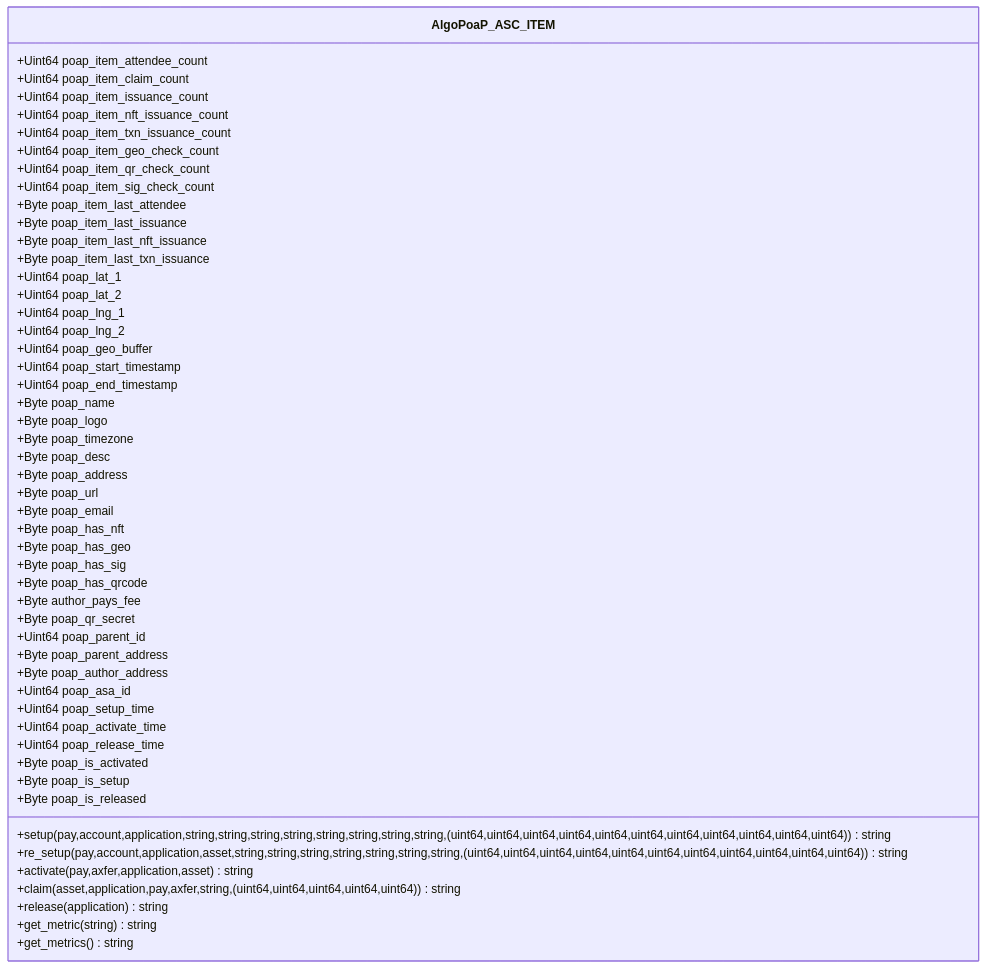
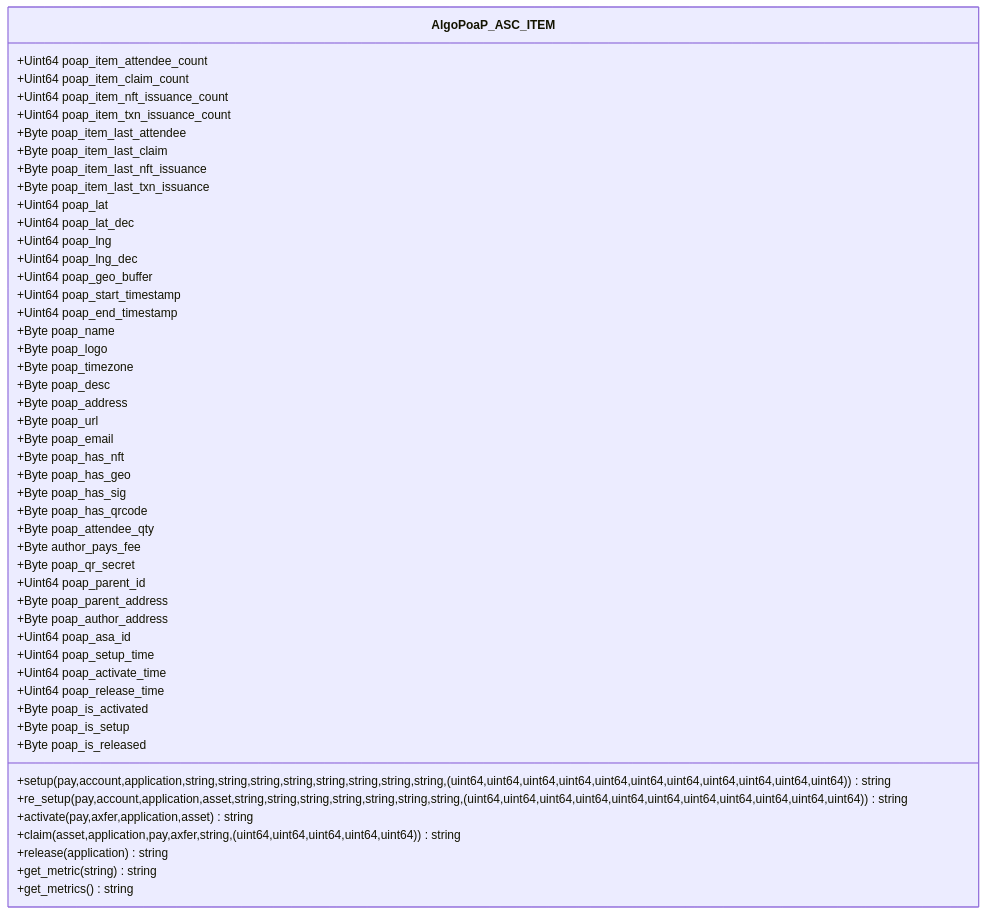
One commit to GoPlausible/.github changed the tenth of 10 diagrams in profile/README.md. Above: the diagram before and after it, drawn with Mermaid. The commit also changed other lines of this file, not shown here.

````diff
--- a/profile/README.md
+++ b/profile/README.md
@@ -598,71 +596,66 @@
 ```mermaid
   classDiagram
     class AlgoPoaP_ASC_ITEM
     AlgoPoaP_ASC_ITEM : +Uint64 poap_item_attendee_count
     AlgoPoaP_ASC_ITEM : +Uint64 poap_item_claim_count
-    AlgoPoaP_ASC_ITEM : +Uint64 poap_item_issuance_count
     AlgoPoaP_ASC_ITEM : +Uint64 poap_item_nft_issuance_count
     AlgoPoaP_ASC_ITEM : +Uint64 poap_item_txn_issuance_count
-
-    AlgoPoaP_ASC_ITEM : +Uint64 poap_item_geo_check_count
-    AlgoPoaP_ASC_ITEM : +Uint64 poap_item_qr_check_count
-    AlgoPoaP_ASC_ITEM : +Uint64 poap_item_sig_check_count
-
   
     AlgoPoaP_ASC_ITEM : +Byte poap_item_last_attendee
-    AlgoPoaP_ASC_ITEM : +Byte poap_item_last_issuance
+    AlgoPoaP_ASC_ITEM : +Byte poap_item_last_claim
     AlgoPoaP_ASC_ITEM : +Byte poap_item_last_nft_issuance
     AlgoPoaP_ASC_ITEM : +Byte poap_item_last_txn_issuance
 
 
-    AlgoPoaP_ASC_ITEM : +Uint64 poap_lat_1
-    AlgoPoaP_ASC_ITEM : +Uint64 poap_lat_2
-    AlgoPoaP_ASC_ITEM : +Uint64 poap_lng_1
-    AlgoPoaP_ASC_ITEM : +Uint64 poap_lng_2
+    AlgoPoaP_ASC_ITEM : +Uint64 poap_lat
+    AlgoPoaP_ASC_ITEM : +Uint64 poap_lat_dec
+    AlgoPoaP_ASC_ITEM : +Uint64 poap_lng
+    AlgoPoaP_ASC_ITEM : +Uint64 poap_lng_dec
     AlgoPoaP_ASC_ITEM : +Uint64 poap_geo_buffer
     AlgoPoaP_ASC_ITEM : +Uint64 poap_start_timestamp
     AlgoPoaP_ASC_ITEM : +Uint64 poap_end_timestamp
     AlgoPoaP_ASC_ITEM : +Byte poap_name
     AlgoPoaP_ASC_ITEM : +Byte poap_logo
     AlgoPoaP_ASC_ITEM : +Byte poap_timezone
     AlgoPoaP_ASC_ITEM : +Byte poap_desc
     AlgoPoaP_ASC_ITEM : +Byte poap_address
     AlgoPoaP_ASC_ITEM : +Byte poap_url
     AlgoPoaP_ASC_ITEM : +Byte poap_email
     AlgoPoaP_ASC_ITEM : +Byte poap_has_nft
     AlgoPoaP_ASC_ITEM : +Byte poap_has_geo
     AlgoPoaP_ASC_ITEM : +Byte poap_has_sig
     AlgoPoaP_ASC_ITEM : +Byte poap_has_qrcode
+    AlgoPoaP_ASC_ITEM : +Byte poap_attendee_qty
     AlgoPoaP_ASC_ITEM : +Byte author_pays_fee
     AlgoPoaP_ASC_ITEM : +Byte poap_qr_secret
 
 
     AlgoPoaP_ASC_ITEM : +Uint64 poap_parent_id
     AlgoPoaP_ASC_ITEM : +Byte poap_parent_address
     AlgoPoaP_ASC_ITEM : +Byte poap_author_address
     AlgoPoaP_ASC_ITEM : +Uint64 poap_asa_id
 
     AlgoPoaP_ASC_ITEM : +Uint64 poap_setup_time
     AlgoPoaP_ASC_ITEM : +Uint64 poap_activate_time
     AlgoPoaP_ASC_ITEM : +Uint64 poap_release_time
 
 
      AlgoPoaP_ASC_ITEM : +Byte poap_is_activated
     AlgoPoaP_ASC_ITEM : +Byte poap_is_setup
     AlgoPoaP_ASC_ITEM : +Byte poap_is_released
 
 
 
  
 
     AlgoPoaP_ASC_ITEM : +setup(pay,account,application,string,string,string,string,string,string,string,string,(uint64,uint64,uint64,uint64,uint64,uint64,uint64,uint64,uint64,uint64,uint64))string
     AlgoPoaP_ASC_ITEM : +re_setup(pay,account,application,asset,string,string,string,string,string,string,string,(uint64,uint64,uint64,uint64,uint64,uint64,uint64,uint64,uint64,uint64,uint64))string
     AlgoPoaP_ASC_ITEM : +activate(pay,axfer,application,asset)string
     AlgoPoaP_ASC_ITEM : +claim(asset,application,pay,axfer,string,(uint64,uint64,uint64,uint64,uint64))string
     AlgoPoaP_ASC_ITEM : +release(application)string
     AlgoPoaP_ASC_ITEM : +get_metric(string)string
     AlgoPoaP_ASC_ITEM : +get_metrics()string
     
   
     
 ```
````
